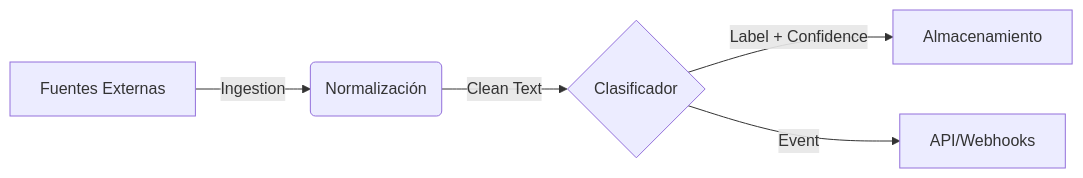
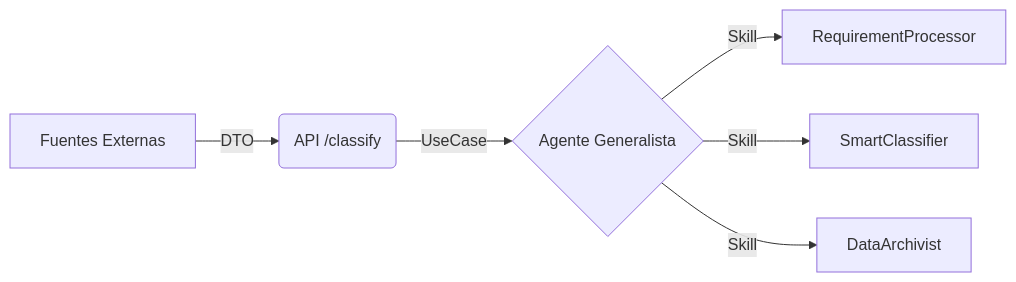
Before and after one commit to Medalcode/Skema: the diagram in README.md, drawn with Mermaid. The commit also changed other lines of this file and 67 other files, not shown here.

Commit message:
refactor: consolidate agent architecture and flatten project structure to Lean

````diff
--- a/README.md
+++ b/README.md
@@ -33,7 +33,8 @@
 ```mermaid
 graph LR
-    A[Fuentes Externas] -->|Ingestion| B(Normalización)
-    B -->|Clean Text| C{Clasificador}
-    C -->|Label + Confidence| D[Almacenamiento]
-    C -->|Event| E[API/Webhooks]
+    A[Fuentes Externas] -->|DTO| B(API /classify)
+    B -->|UseCase| C{Agente Generalista}
+    C -->|Skill| D[RequirementProcessor]
+    C -->|Skill| E[SmartClassifier]
+    C -->|Skill| F[DataArchivist]
 ```
````
